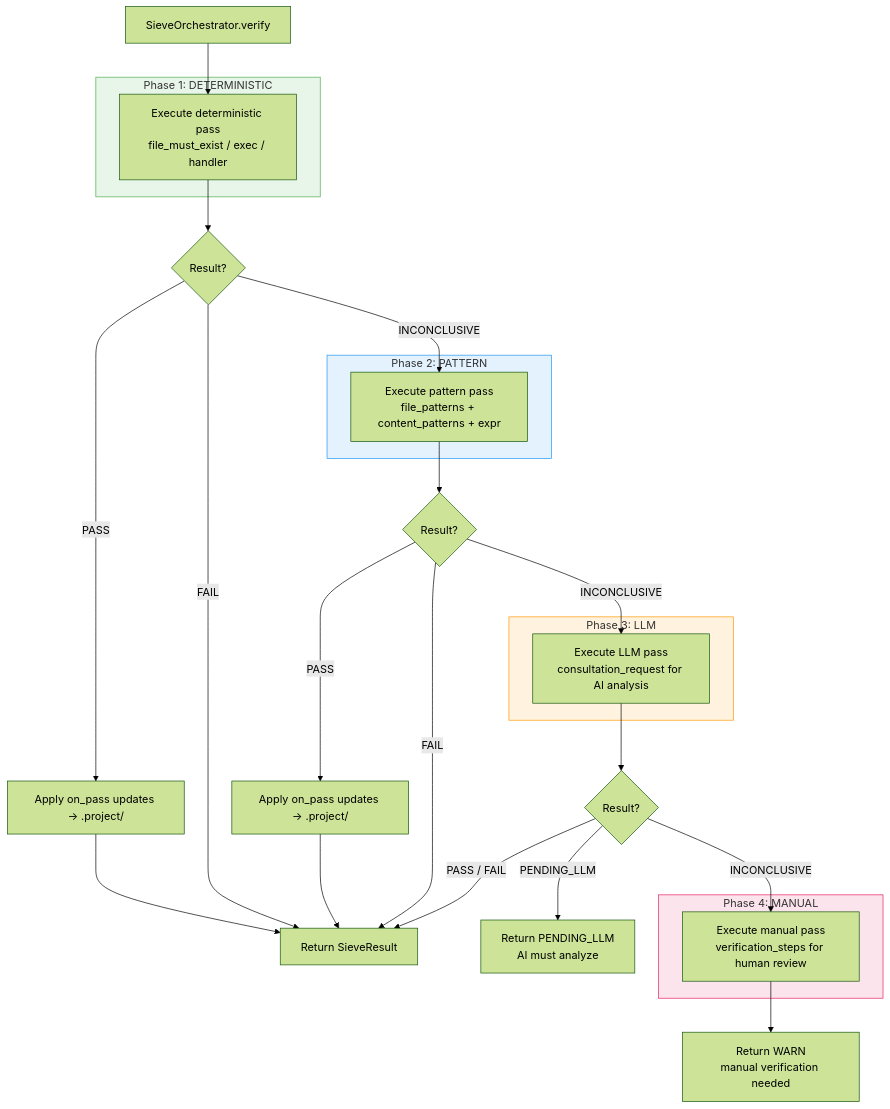
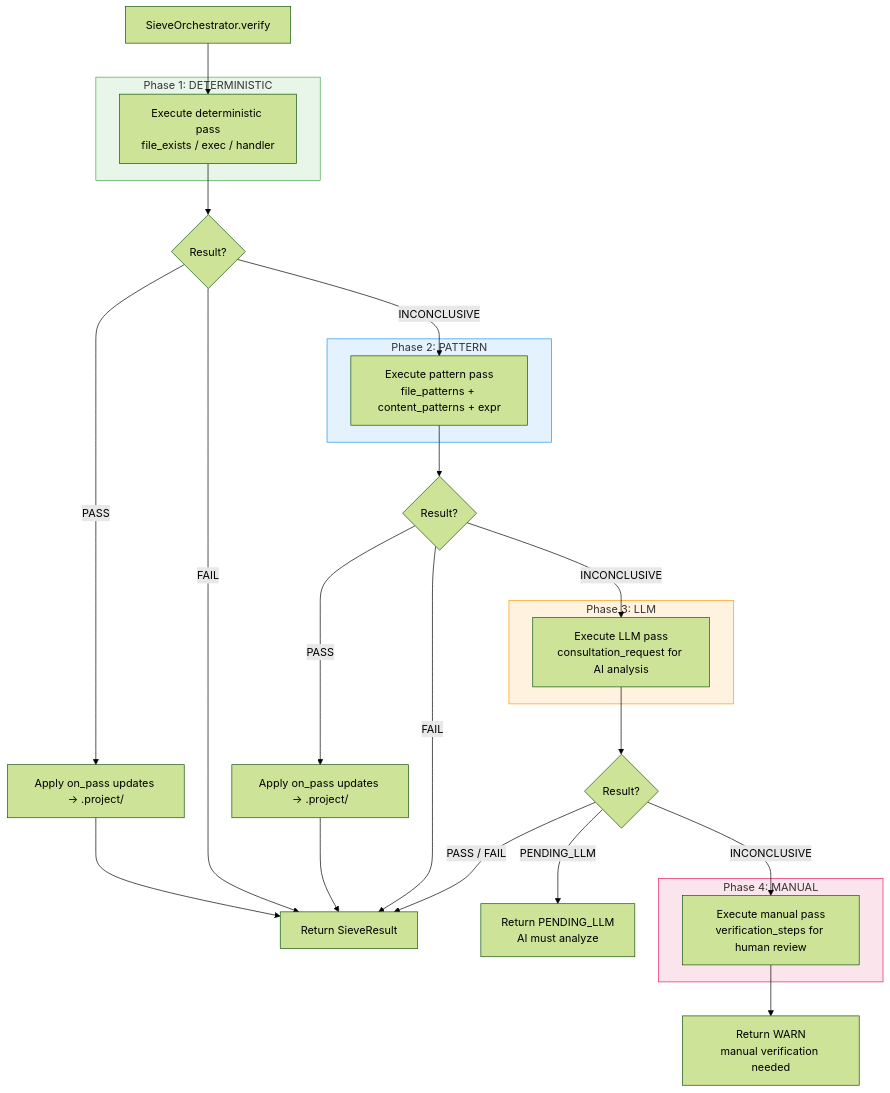
One commit to darnitdevorg/darnit changed the third of 6 diagrams in docs/WORKFLOW.md. Above: the diagram before and after it, drawn with Mermaid (forest theme). The commit also changed 11 other files, not shown here.

First line of the commit message:
fix: templates and docs use the registered file_exists handler (#501, 044 T006)

````diff
--- a/docs/WORKFLOW.md
+++ b/docs/WORKFLOW.md
@@ -77,44 +77,44 @@
 ```mermaid
 flowchart TD
     Start[SieveOrchestrator.verify] --> D
 
     subgraph Phase1["Phase 1: DETERMINISTIC"]
-        D[Execute deterministic pass<br/>file_must_exist / exec / handler]
+        D[Execute deterministic pass<br/>file_exists / exec / handler]
     end
 
     D --> D_check{Result?}
     D_check -->|PASS| D_pass[Apply on_pass updates → .project/]
     D_pass --> Done[Return SieveResult]
     D_check -->|FAIL| Done
     D_check -->|INCONCLUSIVE| P
 
     subgraph Phase2["Phase 2: PATTERN"]
         P[Execute pattern pass<br/>file_patterns + content_patterns + expr]
     end
 
     P --> P_check{Result?}
     P_check -->|PASS| P_pass[Apply on_pass updates → .project/]
     P_pass --> Done
     P_check -->|FAIL| Done
     P_check -->|INCONCLUSIVE| LLM
 
     subgraph Phase3["Phase 3: LLM"]
         LLM[Execute LLM pass<br/>consultation_request for AI analysis]
     end
 
     LLM --> LLM_check{Result?}
     LLM_check -->|PASS / FAIL| Done
     LLM_check -->|PENDING_LLM| Pending[Return PENDING_LLM<br/>AI must analyze]
     LLM_check -->|INCONCLUSIVE| Manual
 
     subgraph Phase4["Phase 4: MANUAL"]
         Manual[Execute manual pass<br/>verification_steps for human review]
     end
 
     Manual --> Warn[Return WARN<br/>manual verification needed]
 
     style Phase1 fill:#e8f5e9,stroke:#4caf50
     style Phase2 fill:#e3f2fd,stroke:#2196f3
     style Phase3 fill:#fff3e0,stroke:#ff9800
     style Phase4 fill:#fce4ec,stroke:#e91e63
 ```
````
